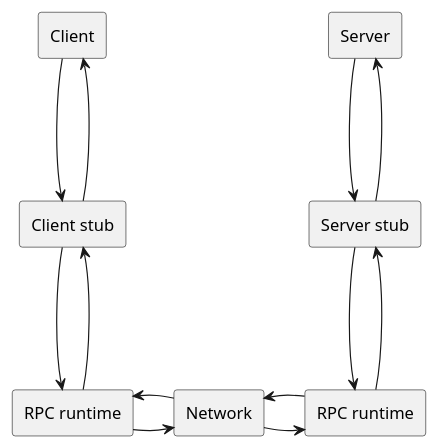
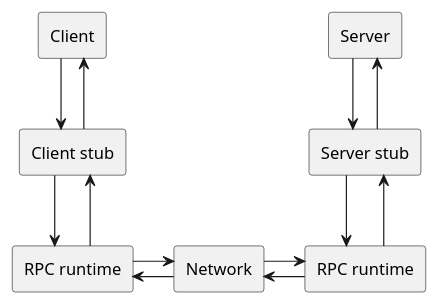
The diagram in _raw/example1/images/RPC.puml (c0p4c4b4n4/grpc-grpc-java), drawn with PlantUML before and after one commit. The commit also changed 1 other file, not shown here.

```diff
--- a/_raw/example1/images/RPC.puml
+++ b/_raw/example1/images/RPC.puml
@@ -1,28 +1,30 @@
 @startuml
+
+skinparam linetype ortho
 
 rectangle "Client" as C1
 rectangle "Client stub" as C2
 rectangle "RPC runtime" as C3
 
 rectangle "Server" as S1
 rectangle "Server stub" as S2
 rectangle "RPC runtime" as S3
 
 rectangle "Network" as N
 
-C1 --down-> C2
-C2 --up-> C1
-C2 --down-> C3
-C3 --up-> C2
+C1 -down-> C2
+C2 -up-> C1
+C2 -down-> C3
+C3 -up-> C2
 
-S1 --down-> S2
-S2 --up-> S1
-S2 --down-> S3
-S3 --up-> S2
+S1 -down-> S2
+S2 -up-> S1
+S2 -down-> S3
+S3 -up-> S2
 
 C3 -right-> N
 N -left-> C3
 N -right-> S3
 S3 -left-> N
 
 @enduml
```
